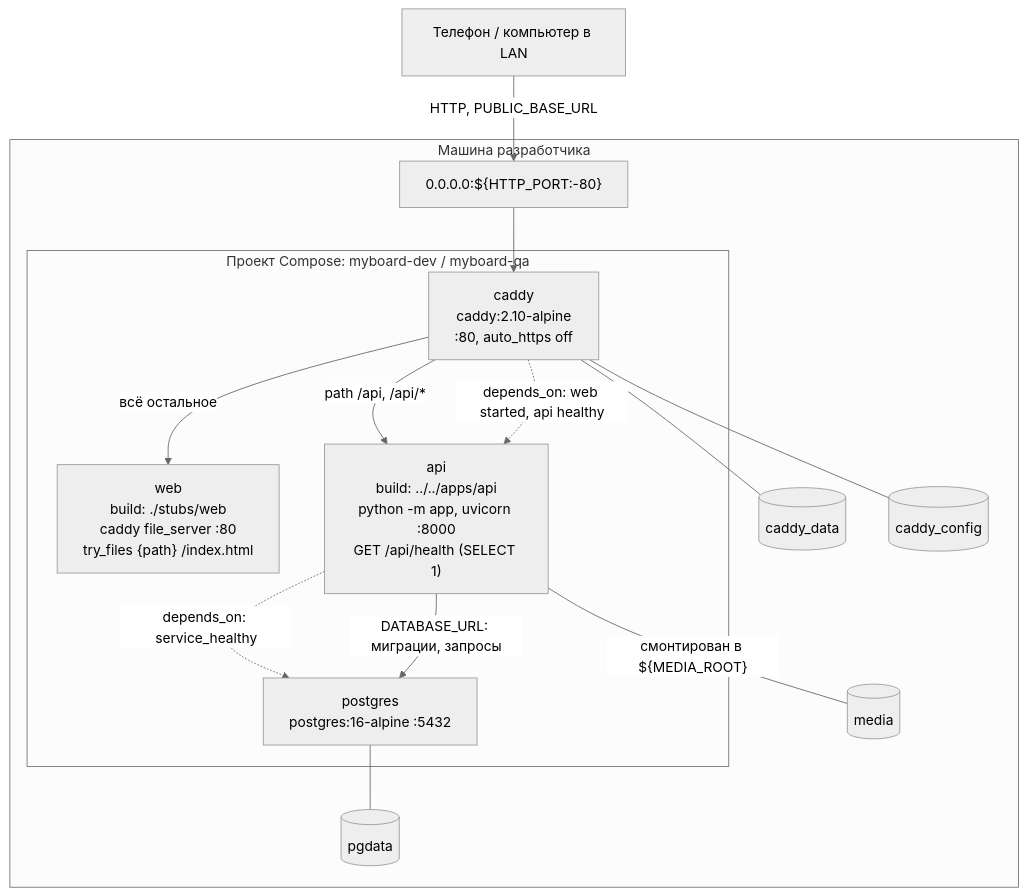
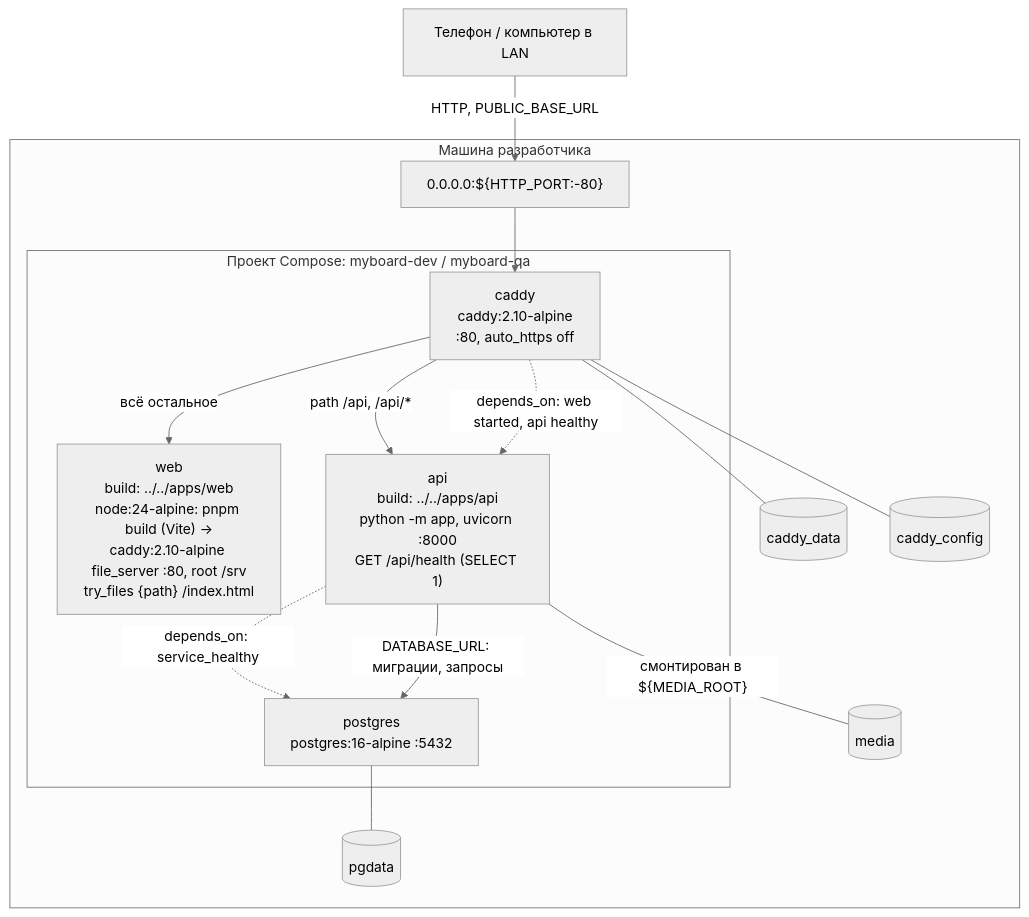
Before and after one commit to shumakove/myboard: the first of 3 diagrams in uml/deployment.md, drawn with Mermaid (neutral theme). The commit also changed other lines of this file and 2 other files, not shown here.

Commit message:
T0.3: Обновить UML по каркасу интерфейса

````diff
--- a/uml/deployment.md
+++ b/uml/deployment.md
@@ -7,29 +7,29 @@
 ```mermaid
 flowchart TB
   phone[Телефон / компьютер в LAN]
   subgraph host [Машина разработчика]
     port["0.0.0.0:${HTTP_PORT:-80}"]
     subgraph compose [Проект Compose: myboard-dev / myboard-qa]
       caddy["caddy<br/>caddy:2.10-alpine<br/>:80, auto_https off"]
-      web["web<br/>build: ./stubs/web<br/>caddy file_server :80<br/>try_files {path} /index.html"]
+      web["web<br/>build: ../../apps/web<br/>node:24-alpine: pnpm build (Vite) →<br/>caddy:2.10-alpine file_server :80, root /srv<br/>try_files {path} /index.html"]
       api["api<br/>build: ../../apps/api<br/>python -m app, uvicorn :8000<br/>GET /api/health (SELECT 1)"]
       postgres["postgres<br/>postgres:16-alpine :5432"]
     end
     vpg[(pgdata)]
     vmedia[(media)]
     vcdata[(caddy_data)]
     vcconf[(caddy_config)]
   end
 
   phone -->|"HTTP, PUBLIC_BASE_URL"| port
   port --> caddy
   caddy -->|"path /api, /api/*"| api
   caddy -->|"всё остальное"| web
   api -. "depends_on: service_healthy" .-> postgres
   api -->|"DATABASE_URL: миграции, запросы"| postgres
   caddy -. "depends_on: web started, api healthy" .-> api
   postgres --- vpg
   api ---|"смонтирован в ${MEDIA_ROOT}"| vmedia
   caddy --- vcdata
   caddy --- vcconf
 ```
````
